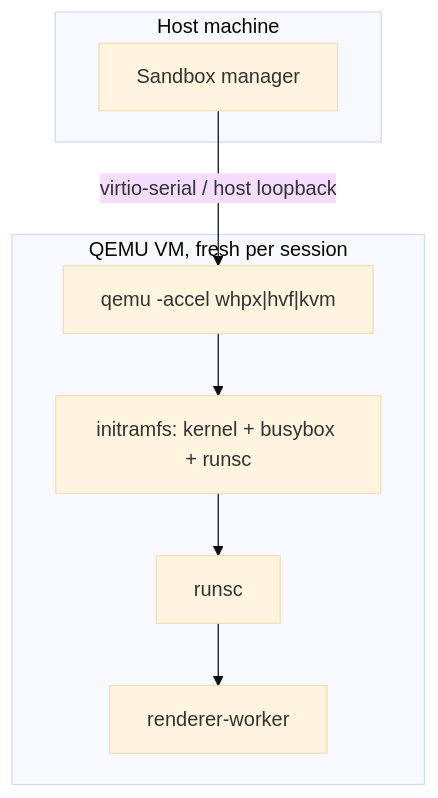
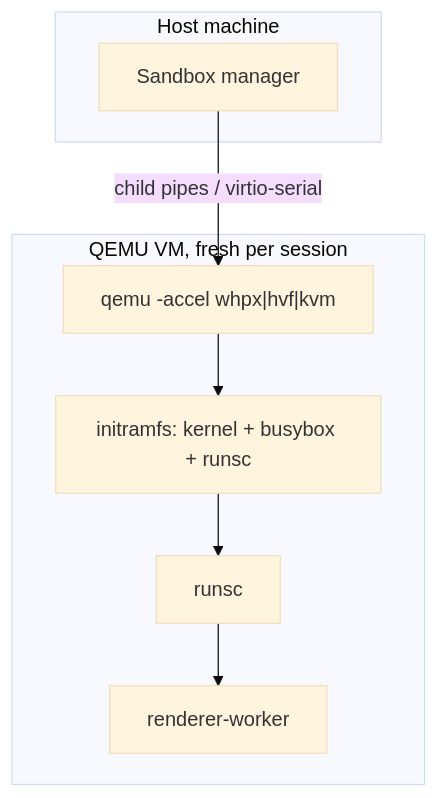
The sixth of 6 diagrams in docs/overview.md (industrialsoftwarexyz/DocBunker), drawn with Mermaid (base theme) before and after one commit. The commit also changed 32 other files, not shown here.

````diff
--- a/docs/overview.md
+++ b/docs/overview.md
@@ -180,14 +180,14 @@
 ```mermaid
 flowchart TB
     subgraph Host["Host machine"]
         H["Sandbox manager"]
     end
     subgraph VM["QEMU VM, fresh per session"]
         Q["qemu -accel whpx|hvf|kvm"]
         V1["initramfs: kernel + busybox + runsc"]
         V2["runsc"]
         V3["renderer-worker"]
         Q --> V1 --> V2 --> V3
     end
-    H -->|virtio-serial / host loopback| Q
+    H -->|child pipes / virtio-serial| Q
 ```
````
